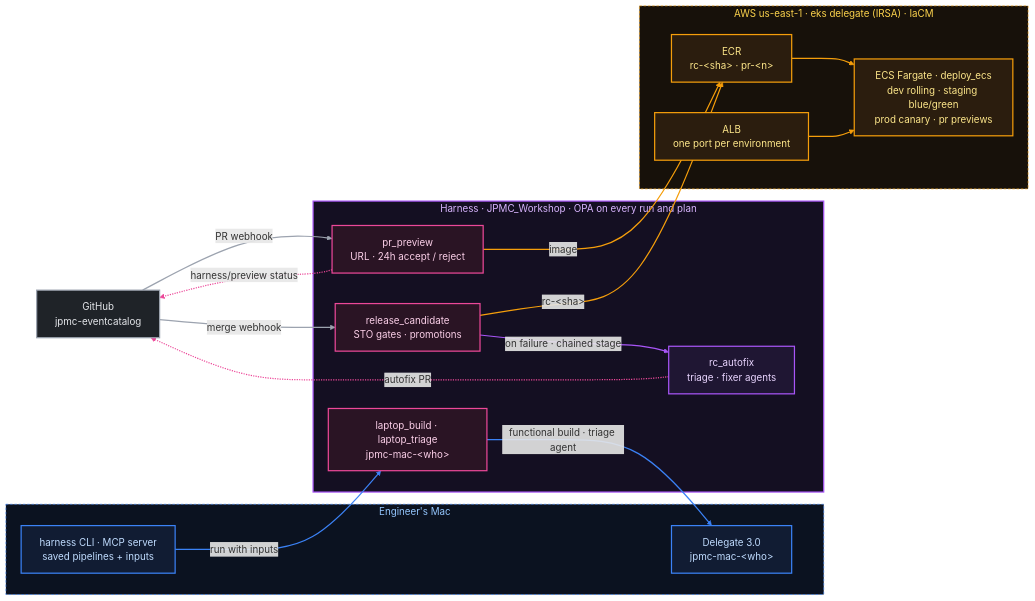
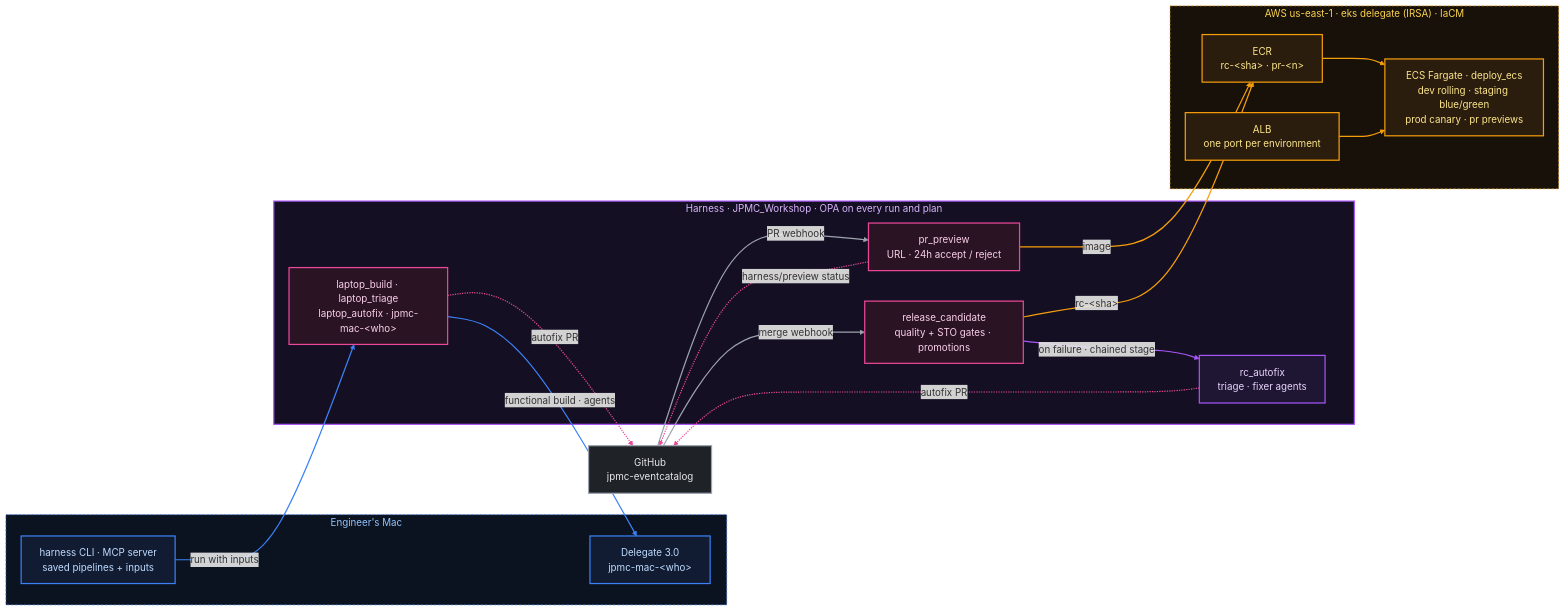
The diagram in examples/default/docs/delivery/01-delivery-architecture.mdx (mansong1/jpmc-eventcatalog), drawn with Mermaid before and after one commit. The commit also changed other lines of this file and 6 other files, not shown here.

First line of the commit message:
docs(delivery): quality gate, laptop_autofix and agent rules

````diff
--- a/examples/default/docs/delivery/01-delivery-architecture.mdx
+++ b/examples/default/docs/delivery/01-delivery-architecture.mdx
@@ -38,50 +38,50 @@
 ```mermaid
 flowchart LR
   subgraph laptop["Engineer's Mac"]
     cli["harness CLI · MCP server<br/>saved pipelines + inputs"]
     d3["Delegate 3.0<br/>jpmc-mac-&lt;who&gt;"]
   end
   repo["GitHub<br/>jpmc-eventcatalog"]
   subgraph harness["Harness · JPMC_Workshop · OPA on every run and plan"]
-    lap["laptop_build · laptop_triage<br/>jpmc-mac-&lt;who&gt;"]
+    lap["laptop_build · laptop_triage<br/>laptop_autofix · jpmc-mac-&lt;who&gt;"]
     pv["pr_preview<br/>URL · 24h accept / reject"]
-    rc["release_candidate<br/>STO gates · promotions"]
+    rc["release_candidate<br/>quality + STO gates · promotions"]
     agents["rc_autofix<br/>triage · fixer agents"]
   end
   subgraph aws["AWS us-east-1 · eks delegate (IRSA) · IaCM"]
     ecr["ECR<br/>rc-&lt;sha&gt; · pr-&lt;n&gt;"]
     ecs["ECS Fargate · deploy_ecs<br/>dev rolling · staging blue/green<br/>prod canary · pr previews"]
     alb["ALB<br/>one port per environment"]
   end
 
   cli -->|run with inputs| lap
-  lap -->|functional build · triage agent| d3
+  lap -->|functional build · agents| d3
   repo -->|PR webhook| pv
   repo -->|merge webhook| rc
   rc -->|on failure · chained stage| agents
   pv -->|image| ecr
   rc -->|rc-&lt;sha&gt;| ecr
   ecr --> ecs
   alb --> ecs
   pv -.->|harness/preview status| repo
-  agents -.->|autofix PR| repo
+  agents & lap -.->|autofix PR| repo
 
   classDef pipeline fill:#2a1424,stroke:#ec4899,stroke-width:2px,color:#fbcfe8
   classDef entry fill:#111c33,stroke:#3b82f6,stroke-width:2px,color:#bfdbfe
   classDef agent fill:#1f1633,stroke:#a855f7,stroke-width:2px,color:#e9d5ff
   classDef ext fill:#1f2328,stroke:#9ca3af,stroke-width:2px,color:#e5e7eb
   classDef cloud fill:#2b1d0e,stroke:#f59e0b,stroke-width:2px,color:#fde68a
   class pv,rc,lap pipeline
   class cli,d3 entry
   class agents agent
   class repo ext
   class ecr,ecs,alb cloud
   style laptop fill:#0b1220,stroke:#3b82f6,stroke-dasharray:4 3,color:#93c5fd
   style harness fill:#140f22,stroke:#a855f7,stroke-width:2px,color:#d8b4fe
   style aws fill:#17110a,stroke:#f59e0b,stroke-dasharray:4 3,color:#fcd34d
   linkStyle 0,1 stroke:#3b82f6,stroke-width:2px
   linkStyle 2,3 stroke:#9ca3af,stroke-width:2px
   linkStyle 4 stroke:#a855f7,stroke-width:2px
   linkStyle 5,6,7,8 stroke:#f59e0b,stroke-width:2px
-  linkStyle 9,10 stroke:#ec4899,stroke-width:2px
+  linkStyle 9,10,11 stroke:#ec4899,stroke-width:2px
 ```
````
